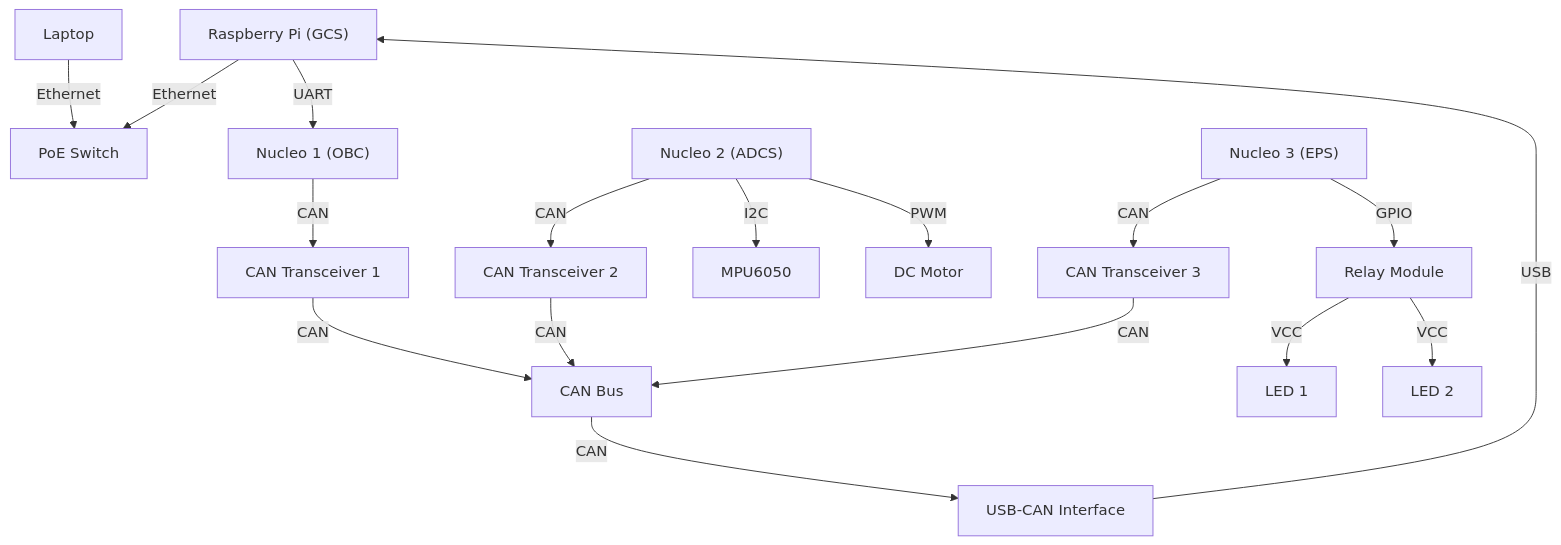
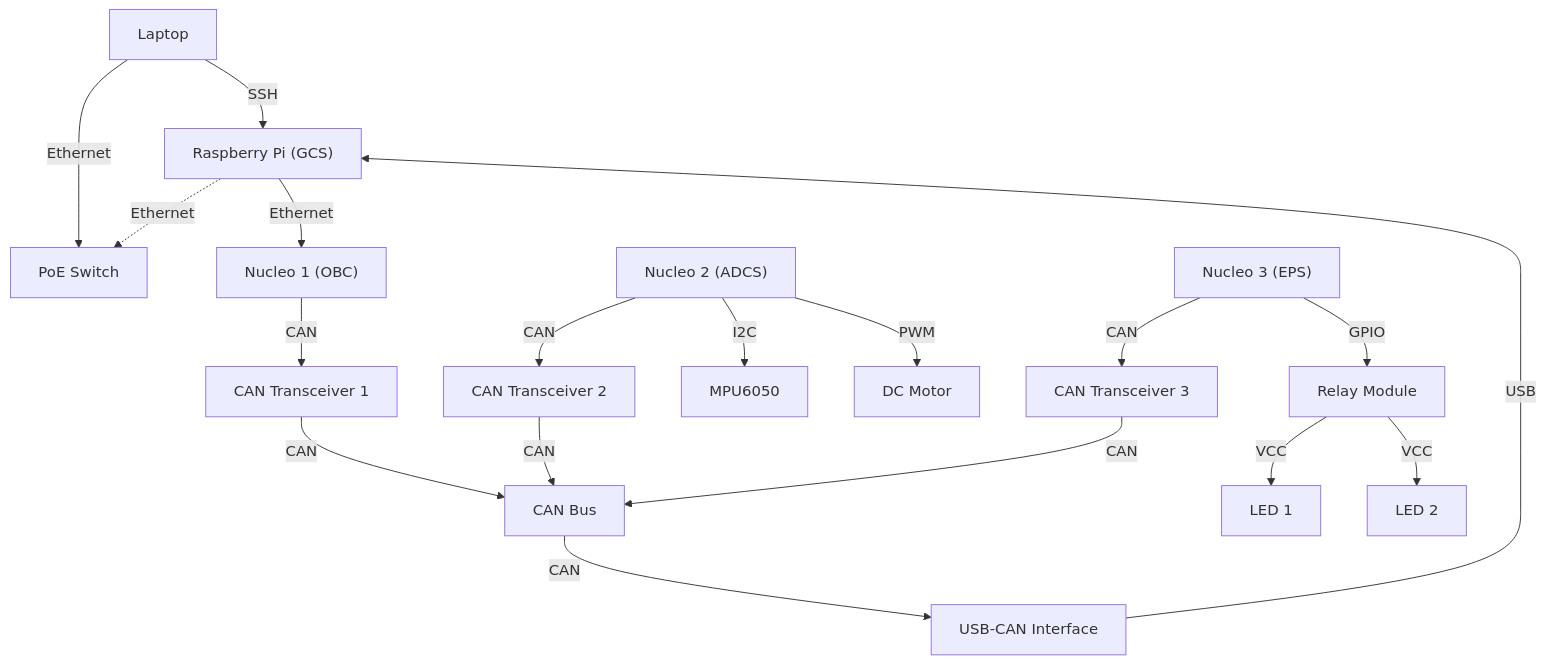
Before and after one commit to anthonygardner/flatsat: the diagram in README.md, drawn with Mermaid.

Commit message:
fix: system architecture diagram

````diff
--- a/README.md
+++ b/README.md
@@ -15,25 +15,26 @@
 ```mermaid
 graph TD
     Laptop -->|Ethernet| PoE[PoE Switch]
-    RPi["Raspberry Pi (GCS)"] --> |Ethernet| PoE
+    RPi["Raspberry Pi (GCS)"] -.-> |Ethernet| PoE
 
-    RPi -->|UART| OBC["Nucleo 1 (OBC)"]
+    Laptop -->|SSH| RPi
 
+    RPi -->|Ethernet| OBC["Nucleo 1 (OBC)"]
     OBC -->|CAN| CT1[CAN Transceiver 1]
 
     ADCS["Nucleo 2 (ADCS)"] -->|CAN| CT2[CAN Transceiver 2]
     ADCS -->|I2C| MPU[MPU6050]
     ADCS -->|PWM| Motor[DC Motor]
 
     EPS -->|CAN| CT3[CAN Transceiver 3]
     EPS["Nucleo 3 (EPS)"] -->|GPIO| Relay[Relay Module]
     
     Relay -->|VCC| LED1[LED 1]
     Relay -->|VCC| LED2[LED 2]
 
     CT1 -->|CAN| Bus[CAN Bus]
     CT2 -->|CAN| Bus
     CT3 -->|CAN| Bus
 
     Bus -->|CAN| ExtCAN[USB-CAN Interface] -->|USB| RPi
 ```
````
